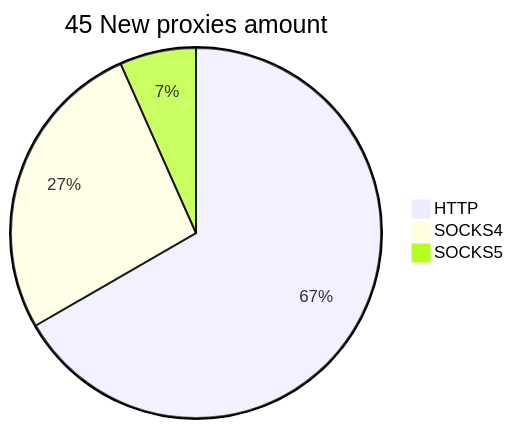
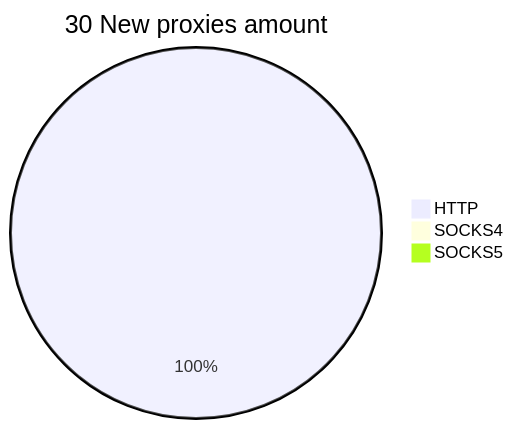
One commit to cutipu/proxylist changed the second of 2 diagrams in README.md. Above: the diagram before and after it, drawn with Mermaid. The commit also changed other lines of this file, not shown here.

````diff
--- a/README.md
+++ b/README.md
@@ -10,6 +10,6 @@
 ```mermaid
-pie title 45 New proxies amount
-    "HTTP" : 30
-    "SOCKS4" : 12
-    "SOCKS5" : 3
+pie title 30 New proxies amount
+    "HTTP" : 31
+    "SOCKS4" : 0
+    "SOCKS5" : 0
 ```
````
